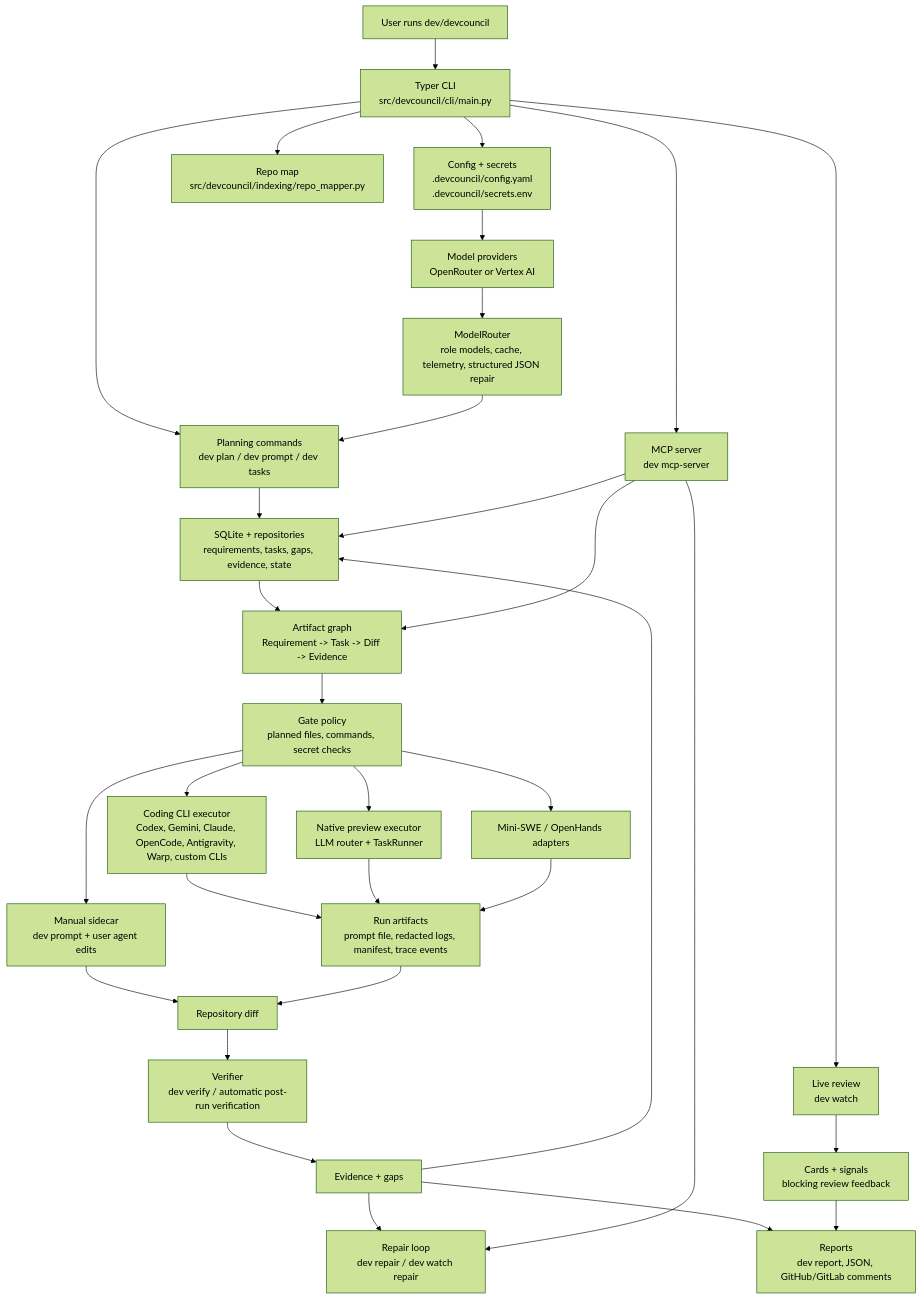
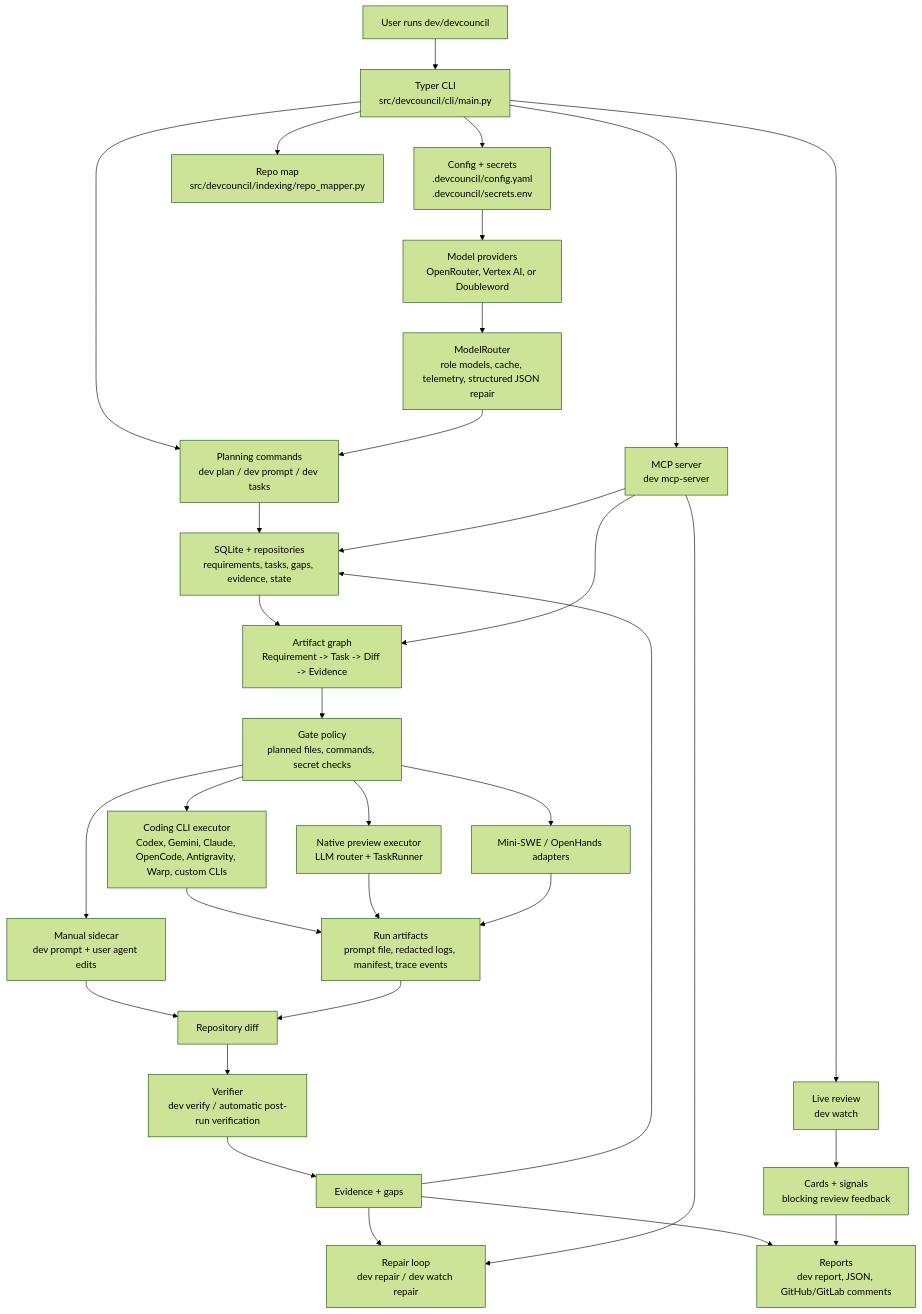
Before and after one commit to bharathvbcr/DevCouncil: the diagram in README.md, drawn with Mermaid (forest theme). The commit also changed other lines of this file and 77 other files, not shown here.

````diff
--- a/README.md
+++ b/README.md
@@ -237,41 +237,41 @@
 ```mermaid
 flowchart TD
     user["User runs dev/devcouncil"] --> cli["Typer CLI\nsrc/devcouncil/cli/main.py"]
     cli --> config["Config + secrets\n.devcouncil/config.yaml\n.devcouncil/secrets.env"]
     cli --> map["Repo map\nsrc/devcouncil/indexing/repo_mapper.py"]
     cli --> planning["Planning commands\ndev plan / dev prompt / dev tasks"]
 
-    config --> providers["Model providers\nOpenRouter or Vertex AI"]
+    config --> providers["Model providers\nOpenRouter, Vertex AI, or Doubleword"]
     providers --> router["ModelRouter\nrole models, cache, telemetry, structured JSON repair"]
     router --> planning
 
     planning --> storage["SQLite + repositories\nrequirements, tasks, gaps, evidence, state"]
     storage --> artifactGraph["Artifact graph\nRequirement -> Task -> Diff -> Evidence"]
     artifactGraph --> gates["Gate policy\nplanned files, commands, secret checks"]
 
     gates --> manual["Manual sidecar\ndev prompt + user agent edits"]
     gates --> coding["Coding CLI executor\nCodex, Gemini, Claude, OpenCode, Antigravity, Warp, custom CLIs"]
     gates --> native["Native preview executor\nLLM router + TaskRunner"]
     gates --> external["Mini-SWE / OpenHands adapters"]
 
     coding --> runlog["Run artifacts\nprompt file, redacted logs, manifest, trace events"]
     native --> runlog
     external --> runlog
     manual --> diff["Repository diff"]
     runlog --> diff
 
     diff --> verify["Verifier\ndev verify / automatic post-run verification"]
     verify --> evidence["Evidence + gaps"]
     evidence --> storage
     evidence --> repair["Repair loop\ndev repair / dev watch repair"]
     evidence --> report["Reports\ndev report, JSON, GitHub/GitLab comments"]
 
     cli --> mcp["MCP server\ndev mcp-server"]
     mcp --> storage
     mcp --> artifactGraph
     mcp --> repair
 
     cli --> live["Live review\ndev watch"]
     live --> cards["Cards + signals\nblocking review feedback"]
     cards --> report
 ```
````
